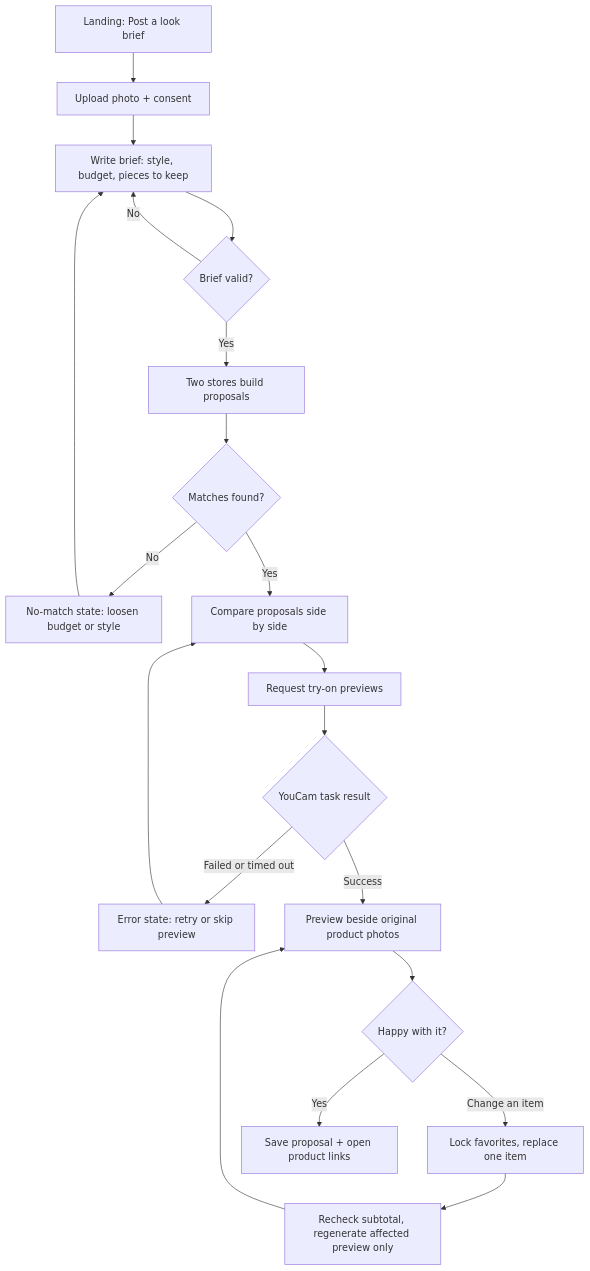
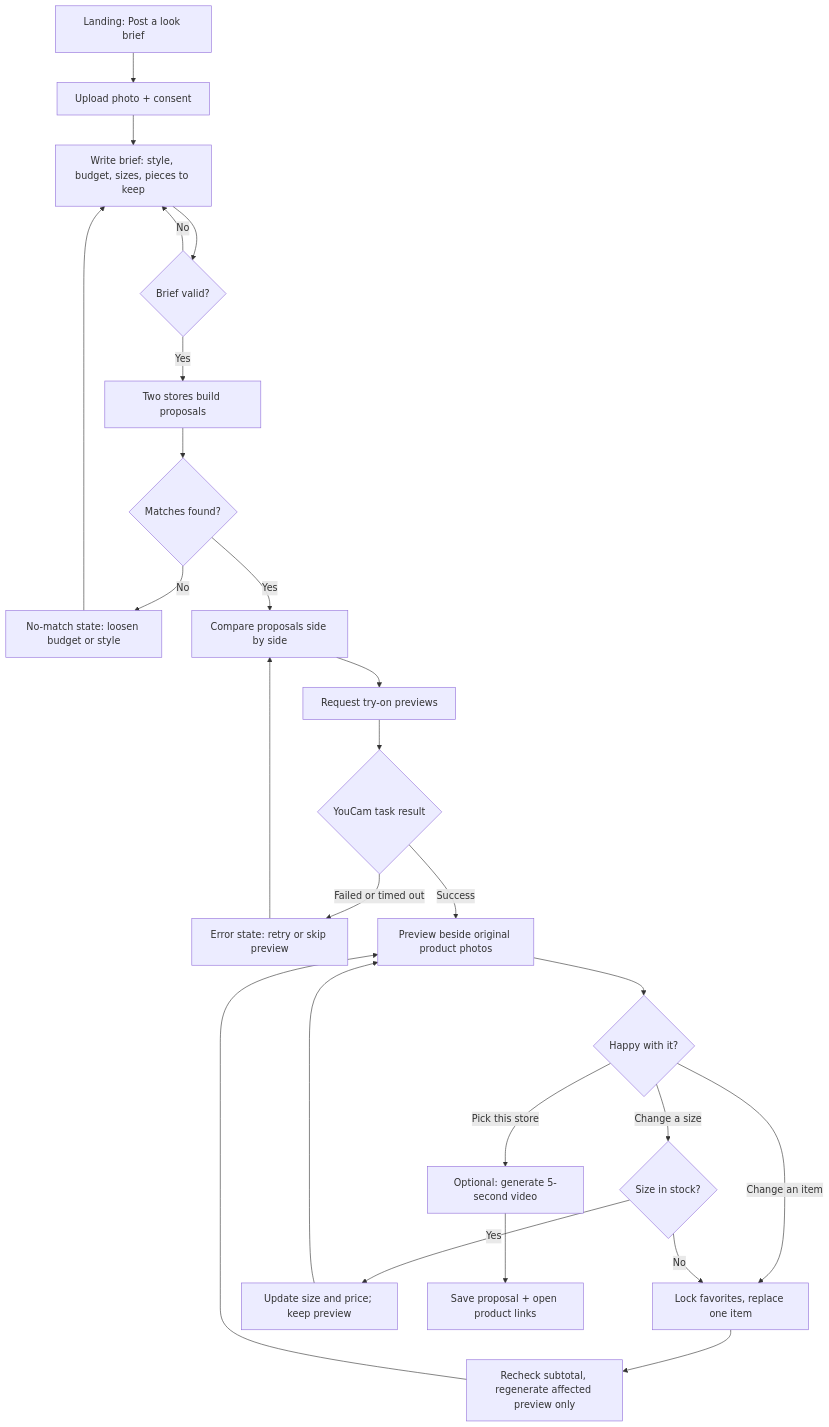
Before and after one commit to Shawn-Bi/youcam-2: the first of 2 diagrams in docs/look-exchange-user-flow.md, drawn with Mermaid. The commit also changed other lines of this file and 5 other files, not shown here.

````diff
--- a/docs/look-exchange-user-flow.md
+++ b/docs/look-exchange-user-flow.md
@@ -17,22 +17,27 @@
 ```mermaid
 flowchart TD
     A[Landing: Post a look brief] --> B[Upload photo + consent]
-    B --> C[Write brief: style, budget, pieces to keep]
+    B --> C[Write brief: style, budget, sizes, pieces to keep]
     C --> D{Brief valid?}
     D -- No --> C
     D -- Yes --> E[Two stores build proposals]
     E --> F{Matches found?}
     F -- No --> G[No-match state: loosen budget or style]
     G --> C
     F -- Yes --> H[Compare proposals side by side]
     H --> I[Request try-on previews]
     I --> J{YouCam task result}
     J -- Failed or timed out --> K[Error state: retry or skip preview]
     K --> H
     J -- Success --> L[Preview beside original product photos]
     L --> M{Happy with it?}
     M -- Change an item --> N[Lock favorites, replace one item]
     N --> O[Recheck subtotal, regenerate affected preview only]
     O --> L
-    M -- Yes --> P[Save proposal + open product links]
+    M -- Change a size --> S{Size in stock?}
+    S -- Yes --> T[Update size and price; keep preview]
+    T --> L
+    S -- No --> N
+    M -- Pick this store --> V[Optional: generate 5-second video]
+    V --> P[Save proposal + open product links]
 ```
````
